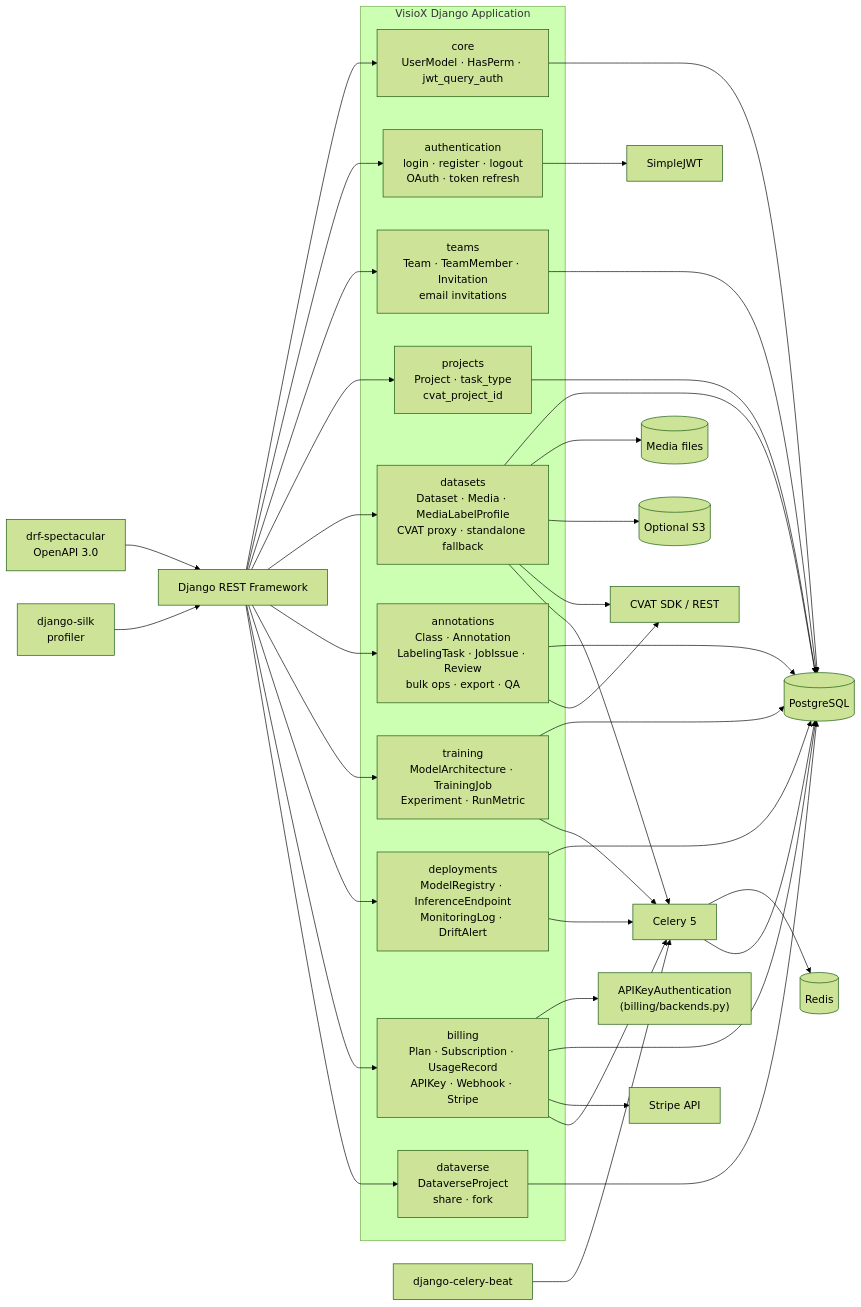
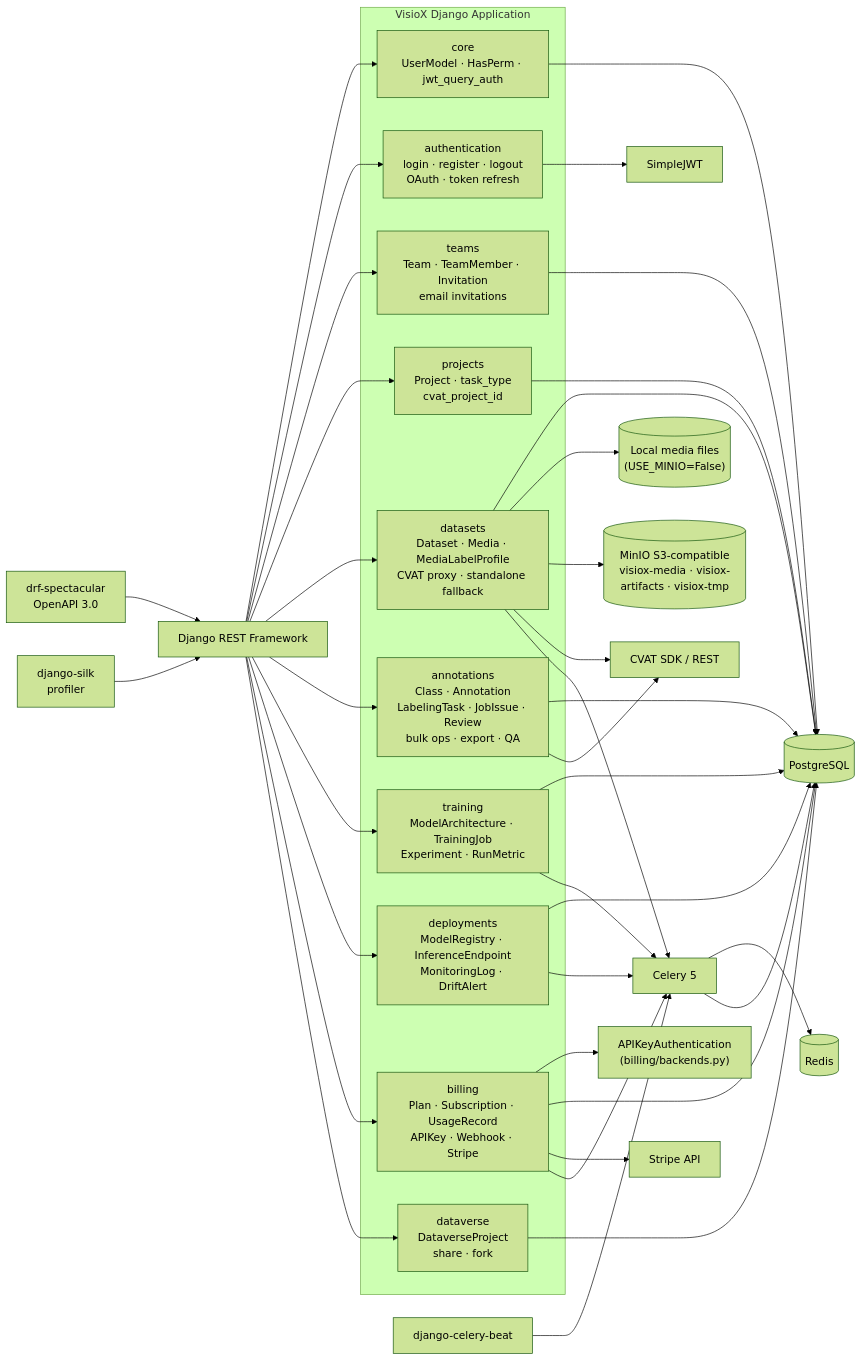
Before and after one commit to the-visiox/visiox: the seventh of 12 diagrams in docs/ARCHITECTURE_DIAGRAMS.md, drawn with Mermaid (forest theme). The commit also changed other lines of this file and 13 other files, not shown here.

````diff
--- a/docs/ARCHITECTURE_DIAGRAMS.md
+++ b/docs/ARCHITECTURE_DIAGRAMS.md
@@ -298,46 +298,46 @@
 ```mermaid
 flowchart LR
     subgraph Django["VisioX Django Application"]
         Core["core\nUserModel · HasPerm · jwt_query_auth"]
         Auth["authentication\nlogin · register · logout\nOAuth · token refresh"]
         Teams["teams\nTeam · TeamMember · Invitation\nemail invitations"]
         Projects["projects\nProject · task_type\ncvat_project_id"]
         Datasets["datasets\nDataset · Media · MediaLabelProfile\nCVAT proxy · standalone fallback"]
         Annot["annotations\nClass · Annotation\nLabelingTask · JobIssue · Review\nbulk ops · export · QA"]
         Training["training\nModelArchitecture · TrainingJob\nExperiment · RunMetric"]
         Deploy["deployments\nModelRegistry · InferenceEndpoint\nMonitoringLog · DriftAlert"]
         Billing["billing\nPlan · Subscription · UsageRecord\nAPIKey · Webhook · Stripe"]
         Dataverse["dataverse\nDataverseProject\nshare · fork"]
     end
 
     DRF["Django REST Framework"]
     JWT["SimpleJWT"]
     APIKeyAuth["APIKeyAuthentication\n(billing/backends.py)"]
     Celery["Celery 5"]
     Beat["django-celery-beat"]
     Spectacular["drf-spectacular\nOpenAPI 3.0"]
     Silk["django-silk\nprofiler"]
 
     PG[("PostgreSQL")]
     Redis[("Redis")]
-    MediaFS[("Media files")]
-    S3[("Optional S3")]
+    MediaFS[("Local media files\n(USE_MINIO=False)")]
+    MinIO[("MinIO S3-compatible\nvisiox-media · visiox-artifacts · visiox-tmp")]
     CVATSdk["CVAT SDK / REST"]
     StripeAPI["Stripe API"]
 
     DRF --> Core & Auth & Teams & Projects & Datasets & Annot & Training & Deploy & Billing & Dataverse
     Auth --> JWT
     Billing --> APIKeyAuth
 
     Core & Teams & Projects & Datasets & Annot & Training & Deploy & Billing & Dataverse --> PG
-    Datasets --> MediaFS & S3 & CVATSdk
+    Datasets --> MediaFS & MinIO & CVATSdk
     Annot --> CVATSdk
     Billing --> StripeAPI
 
     Training & Deploy & Billing & Datasets --> Celery
     Beat --> Celery
     Celery --> Redis & PG
 
     Spectacular --> DRF
     Silk --> DRF
 ```
````
